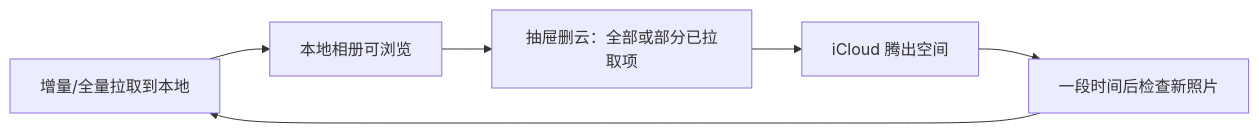
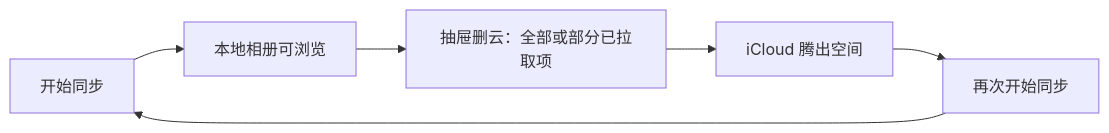
Before and after one commit to cz6c/ll-admin: the first of 3 diagrams in apps/admin/src/views/album/cloudSyncFlow.md, drawn with Mermaid. The commit also changed other lines of this file and 27 other files, not shown here.

````diff
--- a/apps/admin/src/views/album/cloudSyncFlow.md
+++ b/apps/admin/src/views/album/cloudSyncFlow.md
@@ -19,8 +19,8 @@
 ```mermaid
 flowchart LR
-  A[增量/全量拉取到本地] --> B[本地相册可浏览]
+  A[开始同步] --> B[本地相册可浏览]
   B --> C[抽屉删云：全部或部分已拉取项]
   C --> D[iCloud 腾出空间]
-  D --> E[一段时间后检查新照片]
+  D --> E[再次开始同步]
   E --> A
 ```
````
